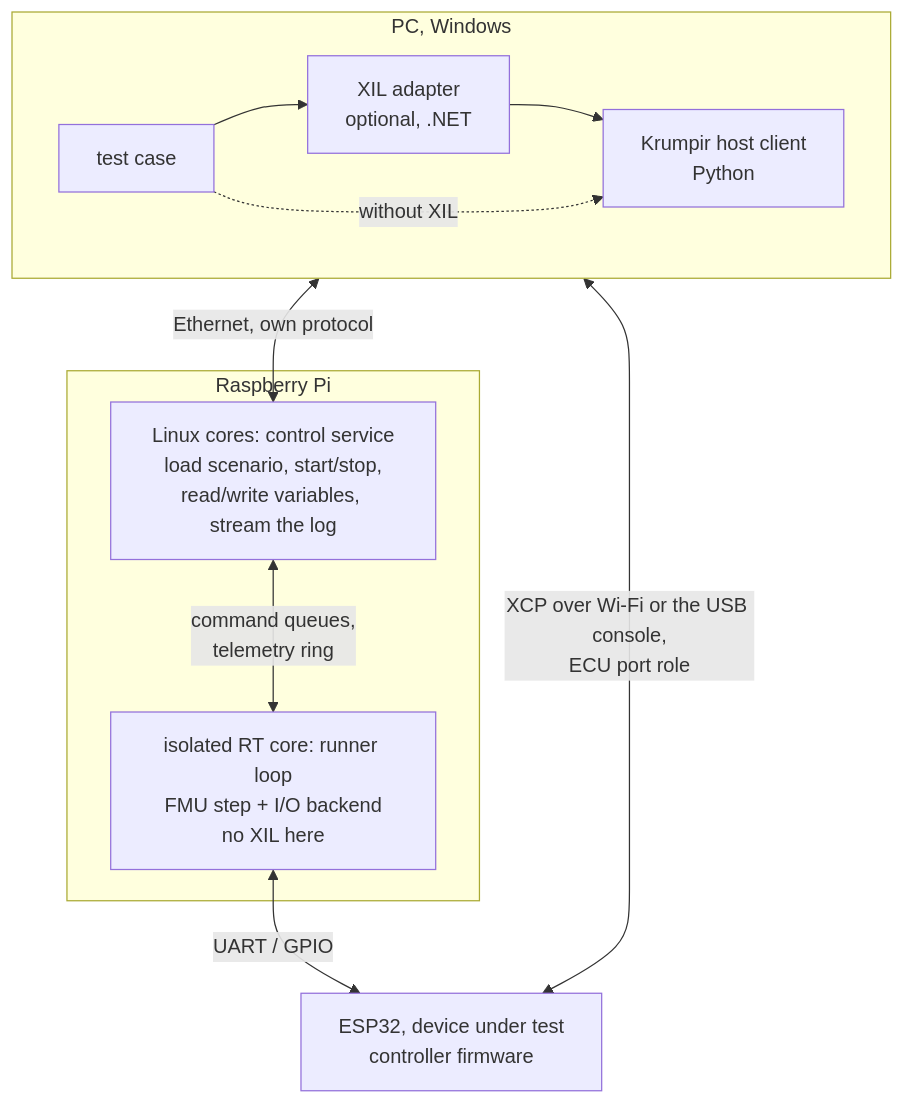
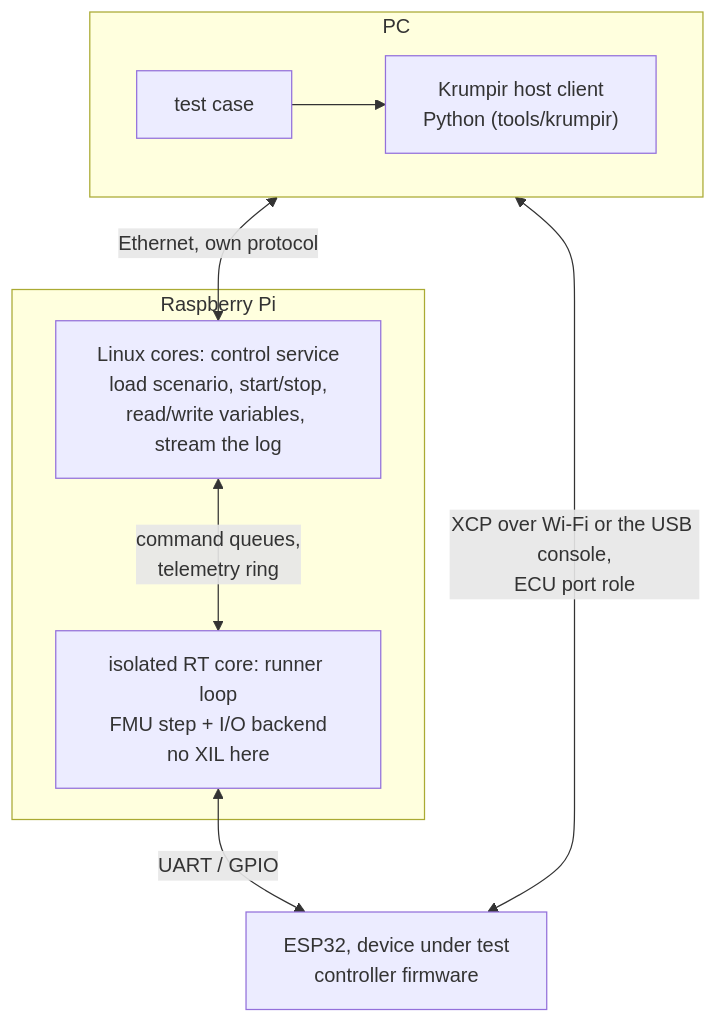
One commit to n1sk4/krumpir changed the second of 2 diagrams in docs/xil-standard.md. Above: the diagram before and after it, drawn with Mermaid. The commit also changed other lines of this file and 18 other files, not shown here.

````diff
--- a/docs/xil-standard.md
+++ b/docs/xil-standard.md
@@ -134,17 +133,16 @@
 ```mermaid
 flowchart TB
-  subgraph PC["PC, Windows"]
+  subgraph PC["PC"]
     direction LR
-    TC["test case"] --> XA["XIL adapter<br/>optional, .NET"] --> HC["Krumpir host client<br/>Python"]
-    TC -.->|without XIL| HC
+    TC["test case"] --> HC["Krumpir host client<br/>Python (tools/krumpir)"]
   end
   subgraph PI["Raspberry Pi"]
     CS["Linux cores: control service<br/>load scenario, start/stop,<br/>read/write variables, stream the log"]
     RT["isolated RT core: runner loop<br/>FMU step + I/O backend<br/>no XIL here"]
     CS <-->|command queues,<br/>telemetry ring| RT
   end
   DUT["ESP32, device under test<br/>controller firmware"]
   HC <-->|Ethernet, own protocol| CS
   RT <-->|UART / GPIO| DUT
   HC <-->|XCP over Wi-Fi or the USB console,<br/>ECU port role| DUT
 ```
````
